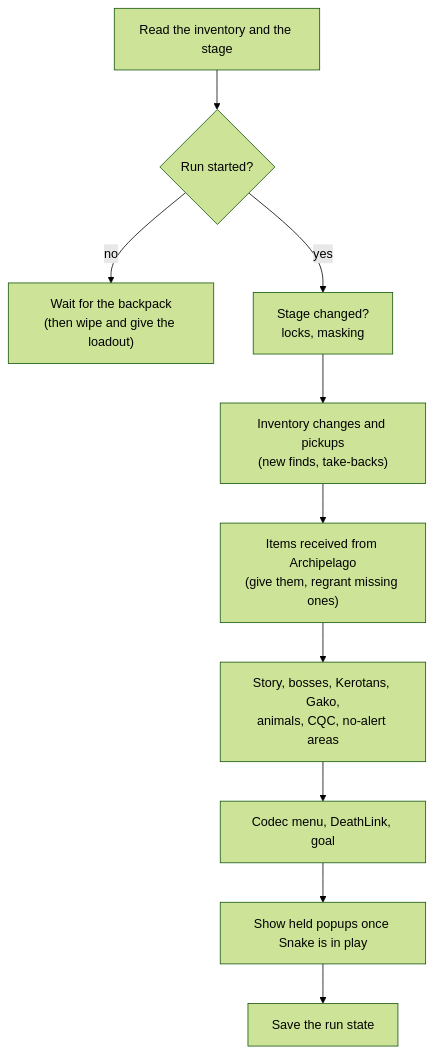
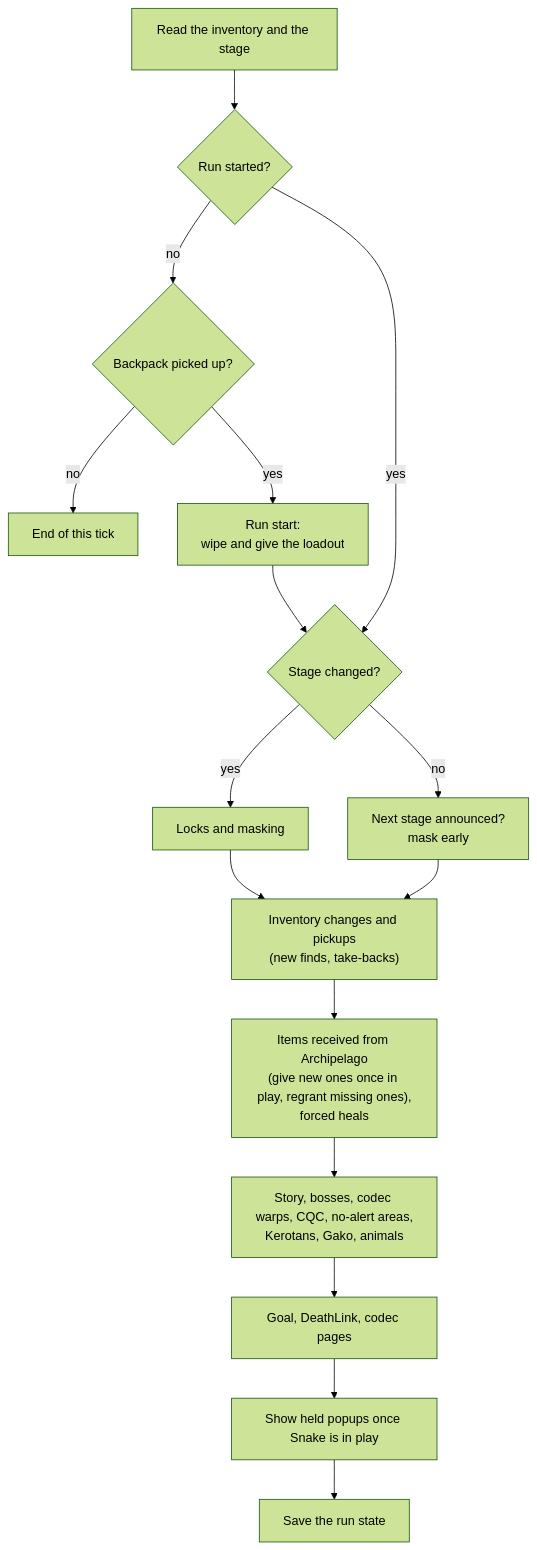
One commit to jarich-b/MGSDeltaAP changed the second of 3 diagrams in docs/architecture.md. Above: the diagram before and after it, drawn with Mermaid (forest theme). The commit also changed other lines of this file and 4 other files, not shown here.

First line of the commit message:
Review fixes: graphs, wording, README alert, cheaper inventory writes

````diff
--- a/docs/architecture.md
+++ b/docs/architecture.md
@@ -61,12 +62,17 @@
 ```mermaid
 flowchart TD
     A["Read the inventory and the stage"] --> B{"Run started?"}
-    B -- no --> B2["Wait for the backpack<br/>(then wipe and give the loadout)"]
-    B -- yes --> C["Stage changed?<br/>locks, masking"]
-    C --> D["Inventory changes and pickups<br/>(new finds, take-backs)"]
-    D --> E["Items received from Archipelago<br/>(give them, regrant missing ones)"]
-    E --> F["Story, bosses, Kerotans, Gako,<br/>animals, CQC, no-alert areas"]
-    F --> G["Codec menu, DeathLink, goal"]
+    B -- no --> B1{"Backpack picked up?"}
+    B1 -- no --> X["End of this tick"]
+    B1 -- yes --> B2["Run start:<br/>wipe and give the loadout"]
+    B2 --> C
+    B -- yes --> C{"Stage changed?"}
+    C -- yes --> C1["Locks and masking"]
+    C -- no --> C2["Next stage announced?<br/>mask early"]
+    C1 & C2 --> D["Inventory changes and pickups<br/>(new finds, take-backs)"]
+    D --> E["Items received from Archipelago<br/>(give new ones once in play, regrant missing ones),<br/>forced heals"]
+    E --> F["Story, bosses, codec warps, CQC, no-alert areas,<br/>Kerotans, Gako, animals"]
+    F --> G["Goal, DeathLink, codec pages"]
     G --> H["Show held popups once Snake is in play"]
     H --> I["Save the run state"]
 ```
````
